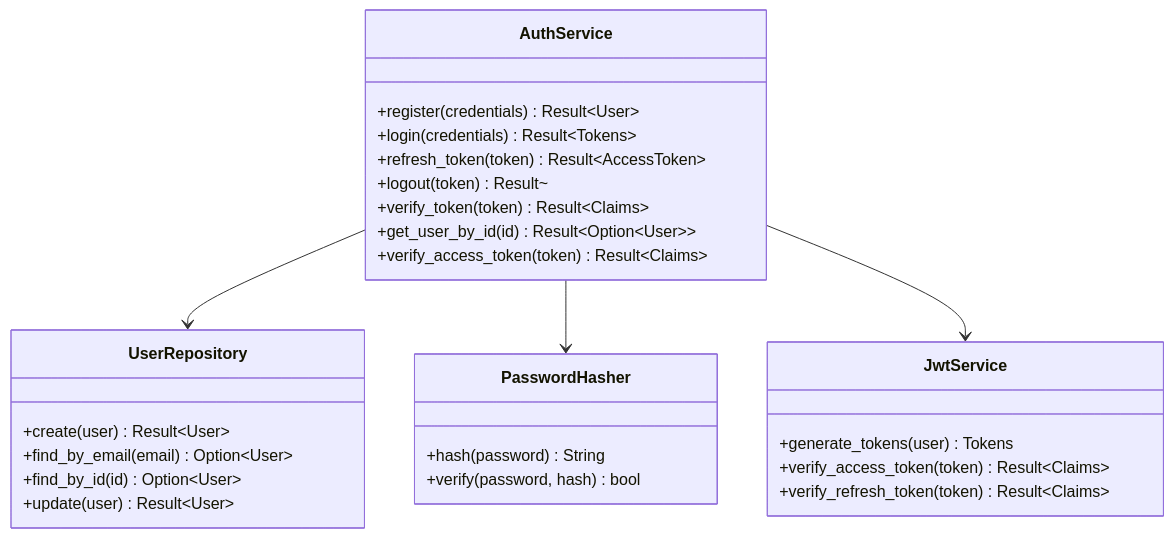
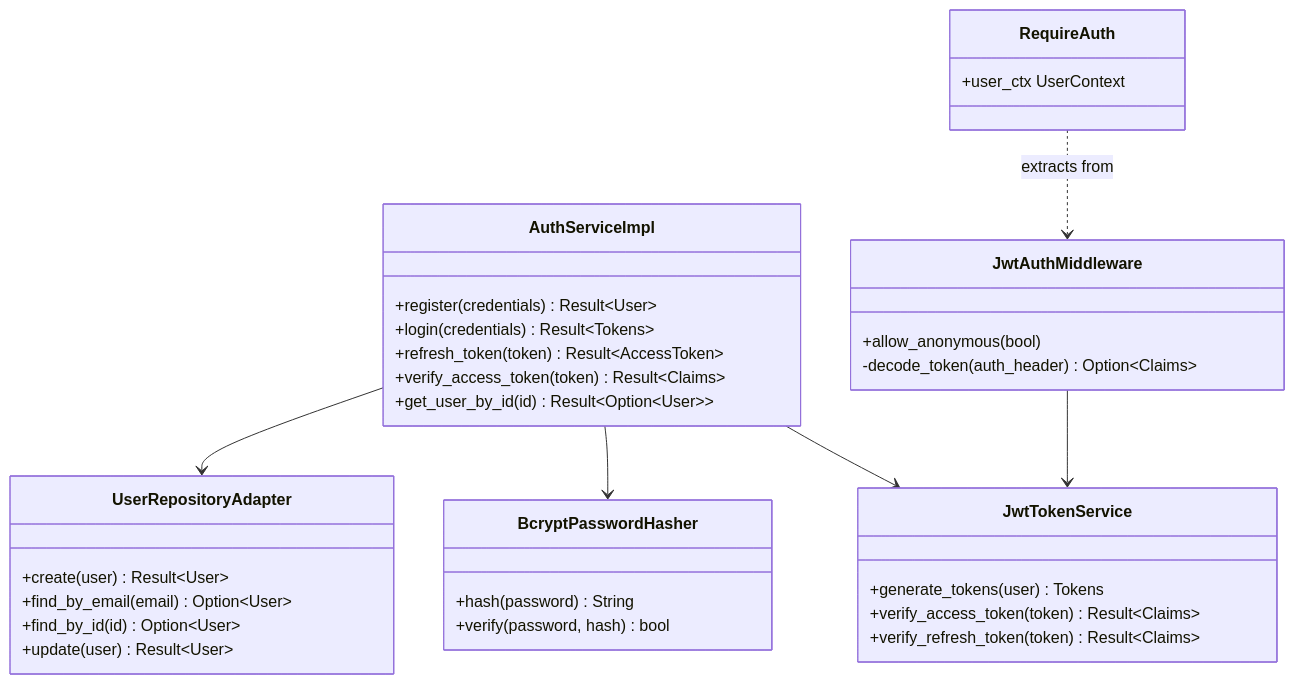
One commit to hoolheart/kayak changed the first of 6 diagrams in arch.md. Above: the diagram before and after it, drawn with Mermaid. The commit also changed other lines of this file, not shown here.

First line of the commit message:
docs: update arch.md to reflect Release 1 architecture (v1.2)

````diff
--- a/arch.md
+++ b/arch.md
@@ -191,34 +314,43 @@
 ```mermaid
 classDiagram
-    class AuthService {
+    class AuthServiceImpl {
         +register(credentials) Result~User~
         +login(credentials) Result~Tokens~
         +refresh_token(token) Result~AccessToken~
-        +logout(token) Result~
-        +verify_token(token) Result~Claims~
+        +verify_access_token(token) Result~Claims~
         +get_user_by_id(id) Result~Option~User~~
-        +verify_access_token(token) Result~Claims~
     }
     
-    class UserRepository {
+    class UserRepositoryAdapter {
         +create(user) Result~User~
         +find_by_email(email) Option~User~
         +find_by_id(id) Option~User~
         +update(user) Result~User~
     }
     
-    class PasswordHasher {
+    class BcryptPasswordHasher {
         +hash(password) String
         +verify(password, hash) bool
     }
     
-    class JwtService {
+    class JwtTokenService {
         +generate_tokens(user) Tokens
         +verify_access_token(token) Result~Claims~
         +verify_refresh_token(token) Result~Claims~
     }
     
-    AuthService --> UserRepository
-    AuthService --> PasswordHasher
-    AuthService --> JwtService
+    class JwtAuthMiddleware {
+        +allow_anonymous(bool)
+        -decode_token(auth_header) Option~Claims~
+    }
+    
+    class RequireAuth {
+        +user_ctx UserContext
+    }
+    
+    AuthServiceImpl --> UserRepositoryAdapter
+    AuthServiceImpl --> BcryptPasswordHasher
+    AuthServiceImpl --> JwtTokenService
+    JwtAuthMiddleware --> JwtTokenService
+    RequireAuth ..> JwtAuthMiddleware : extracts from
 ```
````
